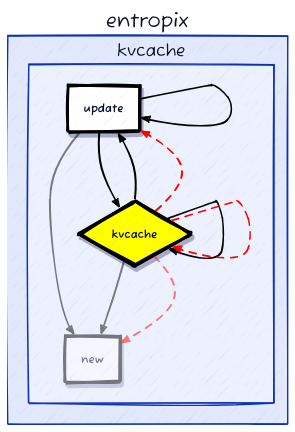
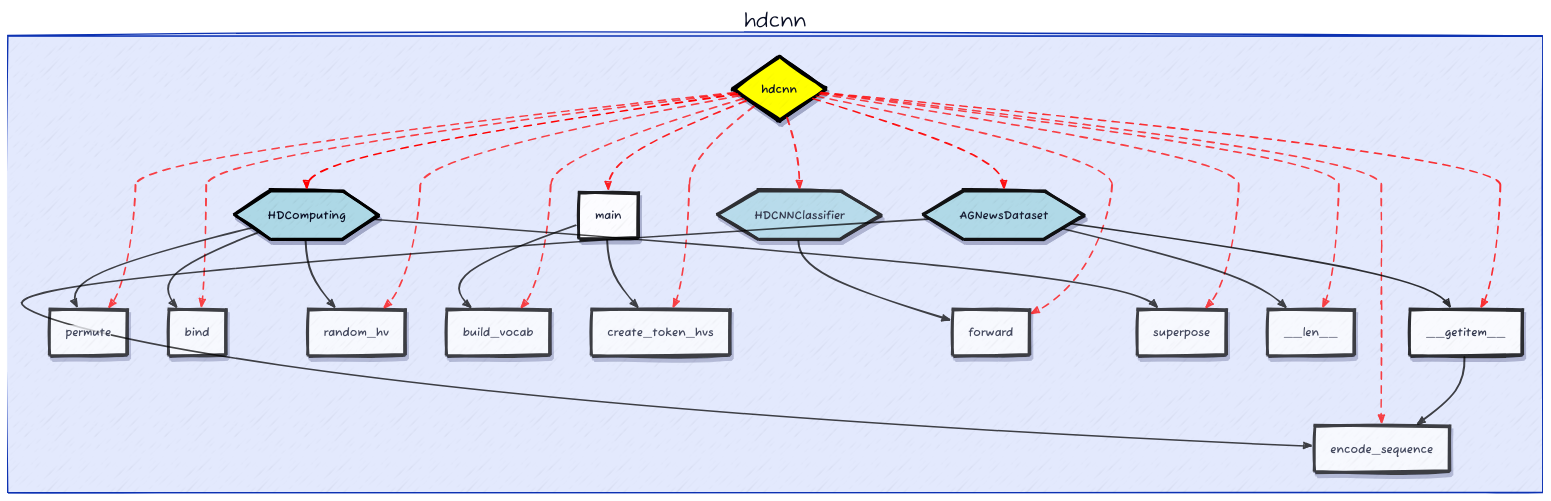
One commit to fangyuan-ksgk/heuristic-search changed the diagram in eoh/d2_output/dag.d2. Above: the diagram before and after it, drawn with D2. The commit also changed 6 other files, not shown here.

```diff
--- a/eoh/d2_output/dag.d2
+++ b/eoh/d2_output/dag.d2
@@ -35,9 +35,59 @@
     }
   }
 }
-entropix.kvcache.update.class: function
-entropix.kvcache.update.label: "update"
-entropix.kvcache.update: {
+hdcnn.__getitem__.class: function
+hdcnn.__getitem__.label: "__getitem__"
+hdcnn.__getitem__: {
+  style: {
+    opacity: 0.80
+    stroke: "black"
+    stroke-width: 4
+    shadow: true
+  }
+}
+hdcnn.encode_sequence.class: function
+hdcnn.encode_sequence.label: "encode_sequence"
+hdcnn.encode_sequence: {
+  style: {
+    opacity: 0.73
+    stroke: "black"
+    stroke-width: 4
+    shadow: true
+  }
+}
+hdcnn.permute.class: function
+hdcnn.permute.label: "permute"
+hdcnn.permute: {
+  style: {
+    opacity: 0.73
+    stroke: "black"
+    stroke-width: 4
+    shadow: true
+  }
+}
+hdcnn.bind.class: function
+hdcnn.bind.label: "bind"
+hdcnn.bind: {
+  style: {
+    opacity: 0.73
+    stroke: "black"
+    stroke-width: 4
+    shadow: true
+  }
+}
+hdcnn.random_hv.class: function
+hdcnn.random_hv.label: "random_hv"
+hdcnn.random_hv: {
+  style: {
+    opacity: 0.73
+    stroke: "black"
+    stroke-width: 4
+    shadow: true
+  }
+}
+hdcnn.hdcnn.class: file
+hdcnn.hdcnn.label: "hdcnn"
+hdcnn.hdcnn: {
   style: {
     opacity: 1.00
     stroke: "black"
@@ -45,19 +95,19 @@
     shadow: true
   }
 }
-entropix.kvcache.new.class: function
-entropix.kvcache.new.label: "new"
-entropix.kvcache.new: {
+hdcnn.build_vocab.class: function
+hdcnn.build_vocab.label: "build_vocab"
+hdcnn.build_vocab: {
   style: {
-    opacity: 0.50
+    opacity: 0.73
     stroke: "black"
     stroke-width: 4
     shadow: true
   }
 }
-entropix.kvcache.KVCache.class: class
-entropix.kvcache.KVCache.label: "KVCache"
-entropix.kvcache.KVCache: {
+hdcnn.HDComputing.class: class
+hdcnn.HDComputing.label: "HDComputing"
+hdcnn.HDComputing: {
   style: {
     opacity: 1.00
     stroke: "black"
@@ -65,64 +115,226 @@
     shadow: true
   }
 }
-entropix.kvcache.kvcache.class: file
-entropix.kvcache.kvcache.label: "kvcache"
-entropix.kvcache.kvcache: {
+hdcnn.create_token_hvs.class: function
+hdcnn.create_token_hvs.label: "create_token_hvs"
+hdcnn.create_token_hvs: {
   style: {
-    opacity: 1.00
+    opacity: 0.73
     stroke: "black"
     stroke-width: 4
     shadow: true
   }
 }
-entropix.kvcache.update -> entropix.kvcache.new: {
+hdcnn.main.class: function
+hdcnn.main.label: "main"
+hdcnn.main: {
+  style: {
+    opacity: 0.87
+    stroke: "black"
+    stroke-width: 4
+    shadow: true
+  }
+}
+hdcnn.AGNewsDataset.class: class
+hdcnn.AGNewsDataset.label: "AGNewsDataset"
+hdcnn.AGNewsDataset: {
+  style: {
+    opacity: 0.93
+    stroke: "black"
+    stroke-width: 4
+    shadow: true
+  }
+}
+hdcnn.forward.class: function
+hdcnn.forward.label: "forward"
+hdcnn.forward: {
+  style: {
+    opacity: 0.73
+    stroke: "black"
+    stroke-width: 4
+    shadow: true
+  }
+}
+hdcnn.superpose.class: function
+hdcnn.superpose.label: "superpose"
+hdcnn.superpose: {
+  style: {
+    opacity: 0.73
+    stroke: "black"
+    stroke-width: 4
+    shadow: true
+  }
+}
+hdcnn.HDCNNClassifier.class: class
+hdcnn.HDCNNClassifier.label: "HDCNNClassifier"
+hdcnn.HDCNNClassifier: {
+  style: {
+    opacity: 0.80
+    stroke: "black"
+    stroke-width: 4
+    shadow: true
+  }
+}
+hdcnn.__len__.class: function
+hdcnn.__len__.label: "__len__"
+hdcnn.__len__: {
+  style: {
+    opacity: 0.73
+    stroke: "black"
+    stroke-width: 4
+    shadow: true
+  }
+}
+hdcnn.__getitem__ -> hdcnn.encode_sequence: {
   style.stroke: black
-  style.opacity: 0.50
+  style.opacity: 0.73
   style.stroke-width: 2
 }
-entropix.kvcache.update -> entropix.kvcache.update: {
-  style.stroke: black
-  style.opacity: 1.00
-  style.stroke-width: 2
-}
-entropix.kvcache.update -> entropix.kvcache.KVCache: {
-  style.stroke: black
-  style.opacity: 1.00
-  style.stroke-width: 2
-}
-entropix.kvcache.KVCache -> entropix.kvcache.new: {
-  style.stroke: black
-  style.opacity: 0.50
-  style.stroke-width: 2
-}
-entropix.kvcache.KVCache -> entropix.kvcache.update: {
-  style.stroke: black
-  style.opacity: 1.00
-  style.stroke-width: 2
-}
-entropix.kvcache.KVCache -> entropix.kvcache.KVCache: {
-  style.stroke: black
-  style.opacity: 1.00
-  style.stroke-width: 2
-}
-entropix.kvcache.kvcache -> entropix.kvcache.new: {
+hdcnn.hdcnn -> hdcnn.__getitem__: {
   style.stroke: red
-  style.opacity: 0.50
+  style.opacity: 0.80
   style.stroke-width: 2
   style.stroke-dash: 5
   style.animated: true
 }
-entropix.kvcache.kvcache -> entropix.kvcache.KVCache: {
+hdcnn.hdcnn -> hdcnn.encode_sequence: {
+  style.stroke: red
+  style.opacity: 0.73
+  style.stroke-width: 2
+  style.stroke-dash: 5
+  style.animated: true
+}
+hdcnn.hdcnn -> hdcnn.permute: {
+  style.stroke: red
+  style.opacity: 0.73
+  style.stroke-width: 2
+  style.stroke-dash: 5
+  style.animated: true
+}
+hdcnn.hdcnn -> hdcnn.bind: {
+  style.stroke: red
+  style.opacity: 0.73
+  style.stroke-width: 2
+  style.stroke-dash: 5
+  style.animated: true
+}
+hdcnn.hdcnn -> hdcnn.random_hv: {
+  style.stroke: red
+  style.opacity: 0.73
+  style.stroke-width: 2
+  style.stroke-dash: 5
+  style.animated: true
+}
+hdcnn.hdcnn -> hdcnn.build_vocab: {
+  style.stroke: red
+  style.opacity: 0.73
+  style.stroke-width: 2
+  style.stroke-dash: 5
+  style.animated: true
+}
+hdcnn.hdcnn -> hdcnn.HDComputing: {
   style.stroke: red
   style.opacity: 1.00
   style.stroke-width: 2
   style.stroke-dash: 5
   style.animated: true
 }
-entropix.kvcache.kvcache -> entropix.kvcache.update: {
+hdcnn.hdcnn -> hdcnn.create_token_hvs: {
   style.stroke: red
-  style.opacity: 1.00
+  style.opacity: 0.73
   style.stroke-width: 2
   style.stroke-dash: 5
   style.animated: true
 }
+hdcnn.hdcnn -> hdcnn.main: {
+  style.stroke: red
+  style.opacity: 0.87
+  style.stroke-width: 2
+  style.stroke-dash: 5
+  style.animated: true
+}
+hdcnn.hdcnn -> hdcnn.AGNewsDataset: {
+  style.stroke: red
+  style.opacity: 0.93
+  style.stroke-width: 2
+  style.stroke-dash: 5
+  style.animated: true
+}
+hdcnn.hdcnn -> hdcnn.forward: {
+  style.stroke: red
+  style.opacity: 0.73
+  style.stroke-width: 2
+  style.stroke-dash: 5
+  style.animated: true
+}
+hdcnn.hdcnn -> hdcnn.superpose: {
+  style.stroke: red
+  style.opacity: 0.73
+  style.stroke-width: 2
+  style.stroke-dash: 5
+  style.animated: true
+}
+hdcnn.hdcnn -> hdcnn.HDCNNClassifier: {
+  style.stroke: red
+  style.opacity: 0.80
+  style.stroke-width: 2
+  style.stroke-dash: 5
+  style.animated: true
+}
+hdcnn.hdcnn -> hdcnn.__len__: {
+  style.stroke: red
+  style.opacity: 0.73
+  style.stroke-width: 2
+  style.stroke-dash: 5
+  style.animated: true
+}
+hdcnn.HDComputing -> hdcnn.superpose: {
+  style.stroke: black
+  style.opacity: 0.73
+  style.stroke-width: 2
+}
+hdcnn.HDComputing -> hdcnn.permute: {
+  style.stroke: black
+  style.opacity: 0.73
+  style.stroke-width: 2
+}
+hdcnn.HDComputing -> hdcnn.bind: {
+  style.stroke: black
+  style.opacity: 0.73
+  style.stroke-width: 2
+}
+hdcnn.HDComputing -> hdcnn.random_hv: {
+  style.stroke: black
+  style.opacity: 0.73
+  style.stroke-width: 2
+}
+hdcnn.main -> hdcnn.build_vocab: {
+  style.stroke: black
+  style.opacity: 0.73
+  style.stroke-width: 2
+}
+hdcnn.main -> hdcnn.create_token_hvs: {
+  style.stroke: black
+  style.opacity: 0.73
+  style.stroke-width: 2
+}
+hdcnn.AGNewsDataset -> hdcnn.__getitem__: {
+  style.stroke: black
+  style.opacity: 0.80
+  style.stroke-width: 2
+}
+hdcnn.AGNewsDataset -> hdcnn.encode_sequence: {
+  style.stroke: black
+  style.opacity: 0.73
+  style.stroke-width: 2
+}
+hdcnn.AGNewsDataset -> hdcnn.__len__: {
+  style.stroke: black
+  style.opacity: 0.73
+  style.stroke-width: 2
+}
+hdcnn.HDCNNClassifier -> hdcnn.forward: {
+  style.stroke: black
+  style.opacity: 0.73
+  style.stroke-width: 2
+}
```
